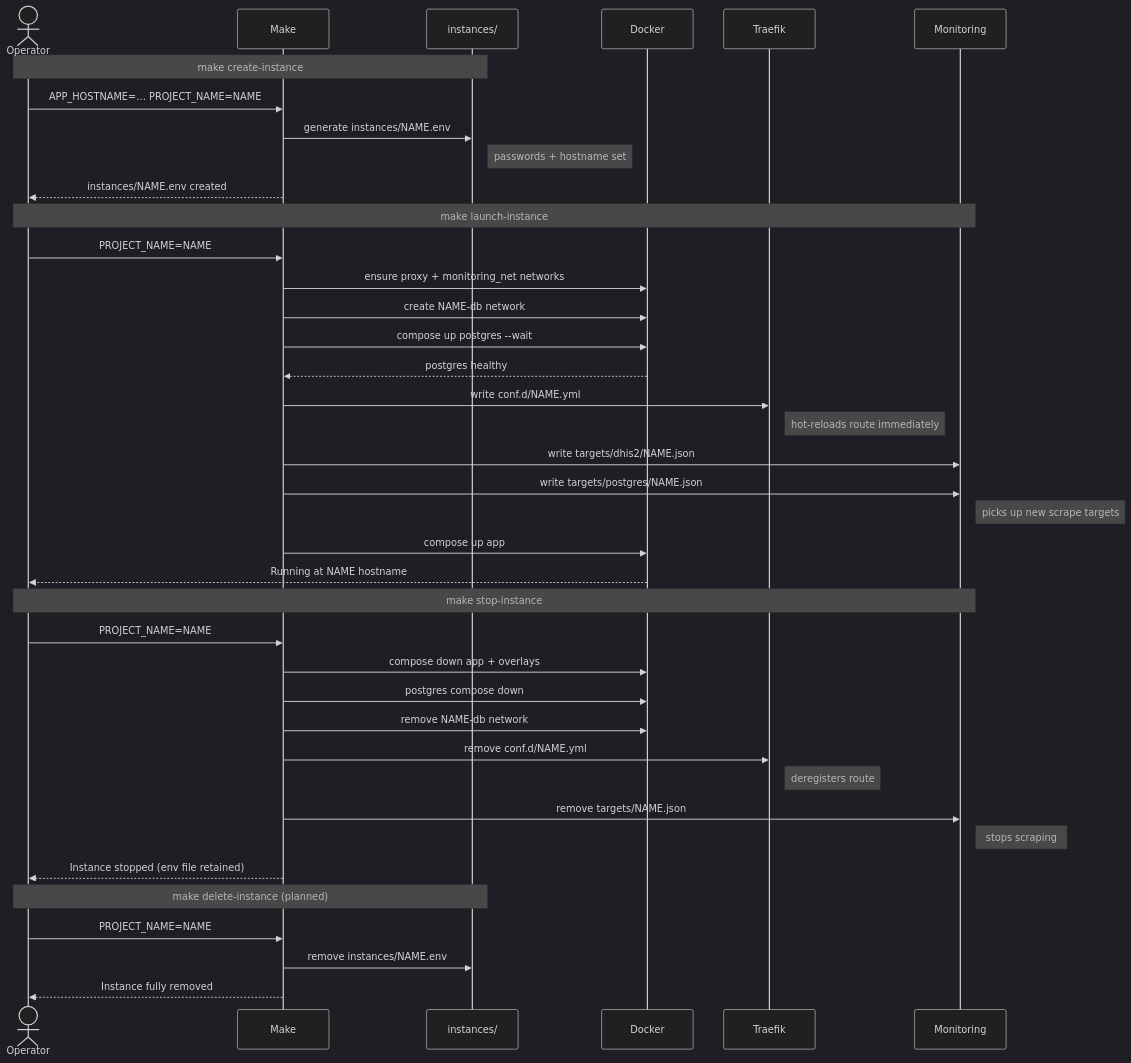
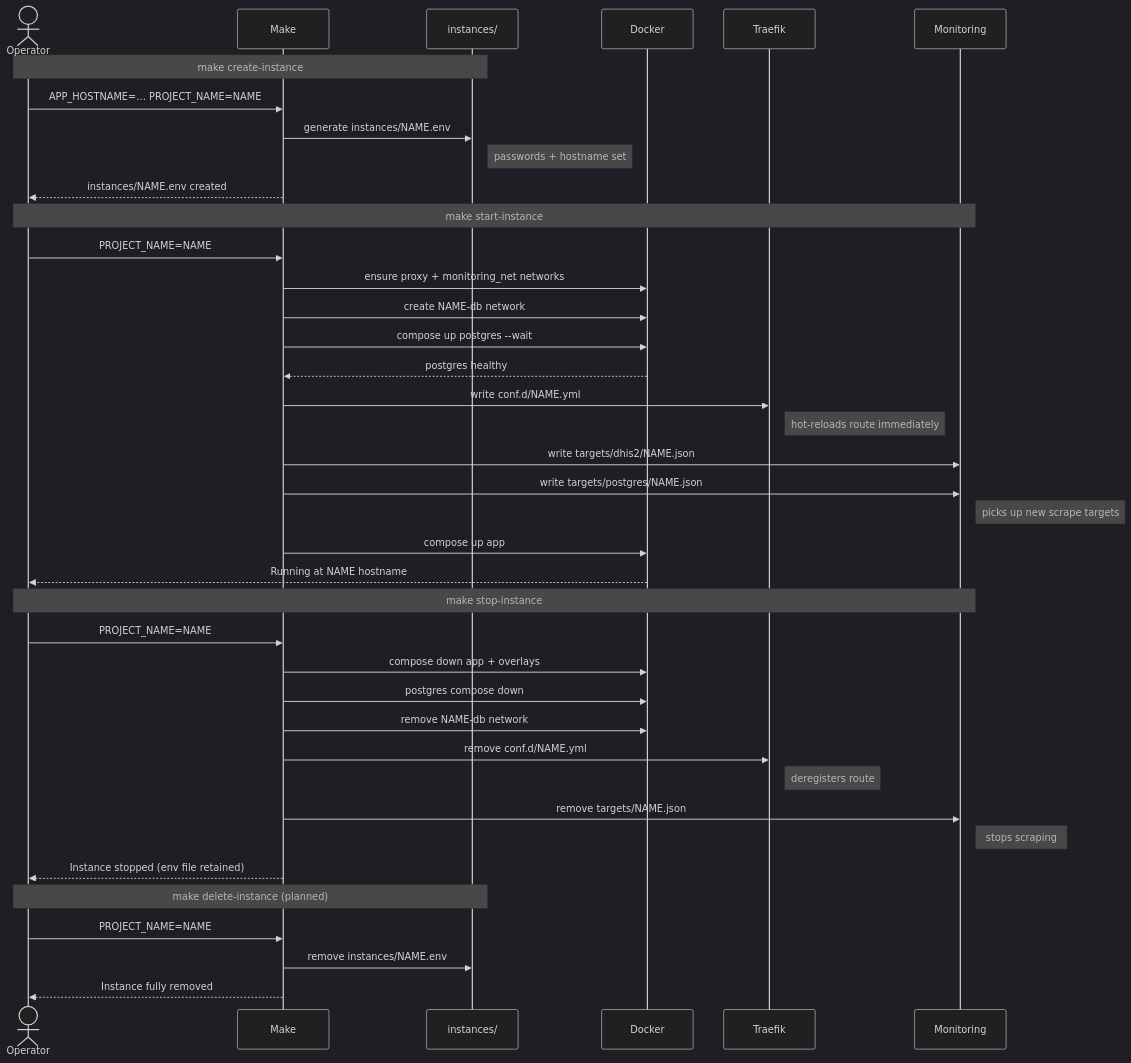
One commit to dhis2/docker-deployment changed the second of 2 diagrams in docs/instance-management.md. Above: the diagram before and after it, drawn with Mermaid (dark theme). The commit also changed other lines of this file and 5 other files, not shown here.

Commit message:
refactor: rename launch-* targets to start-* for consistency with stop-instance

````diff
--- a/docs/instance-management.md
+++ b/docs/instance-management.md
@@ -22,47 +22,47 @@
 ```mermaid
 sequenceDiagram
     actor Operator
     participant Make
     participant FS as instances/
     participant Docker
     participant Traefik
     participant Monitoring
 
     Note over Operator,FS: make create-instance
     Operator->>Make: APP_HOSTNAME=… PROJECT_NAME=NAME
     Make->>FS: generate instances/NAME.env
     Note right of FS: passwords + hostname set
     Make-->>Operator: instances/NAME.env created
 
-    Note over Operator,Monitoring: make launch-instance
+    Note over Operator,Monitoring: make start-instance
     Operator->>Make: PROJECT_NAME=NAME
     Make->>Docker: ensure proxy + monitoring_net networks
     Make->>Docker: create NAME-db network
     Make->>Docker: compose up postgres --wait
     Docker-->>Make: postgres healthy
     Make->>Traefik: write conf.d/NAME.yml
     Note right of Traefik: hot-reloads route immediately
     Make->>Monitoring: write targets/dhis2/NAME.json
     Make->>Monitoring: write targets/postgres/NAME.json
     Note right of Monitoring: picks up new scrape targets
     Make->>Docker: compose up app
     Docker-->>Operator: Running at NAME hostname
 
 
     Note over Operator,Monitoring: make stop-instance
     Operator->>Make: PROJECT_NAME=NAME
     Make->>Docker: compose down app + overlays
     Make->>Docker: postgres compose down
     Make->>Docker: remove NAME-db network
     Make->>Traefik: remove conf.d/NAME.yml
     Note right of Traefik: deregisters route
     Make->>Monitoring: remove targets/NAME.json
     Note right of Monitoring: stops scraping
     Make-->>Operator: Instance stopped (env file retained)
 
     Note over Operator,FS: make delete-instance (planned)
     Operator->>Make: PROJECT_NAME=NAME
     Make->>FS: remove instances/NAME.env
     Make-->>Operator: Instance fully removed
 
 ```
````
